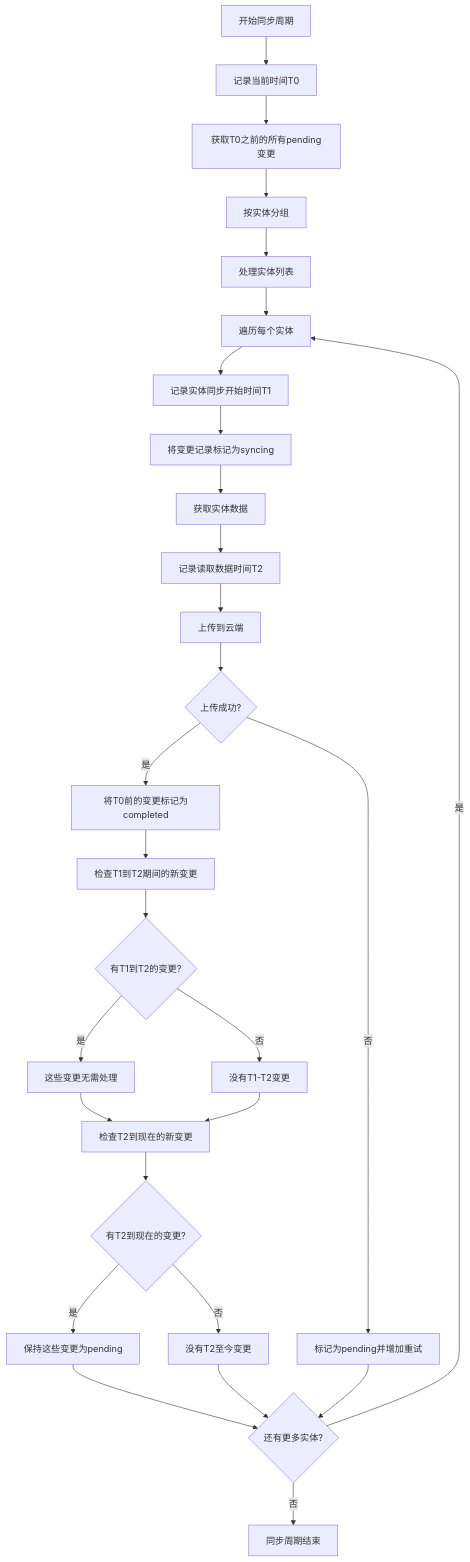
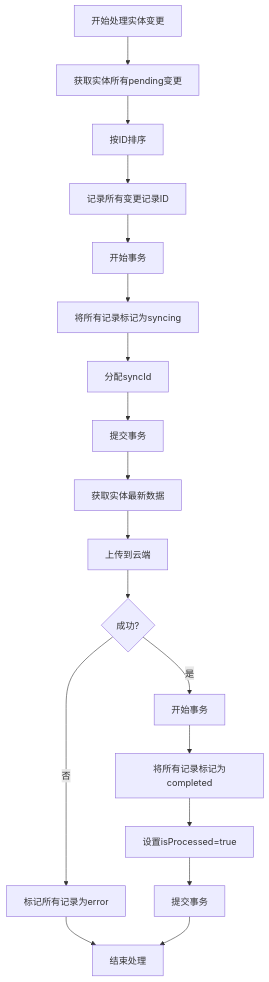
Before and after one commit to yingjianzh/iodraw-files: the diagram in all/未命名-40.md, drawn with Mermaid.

Commit message:
2025-04-23 17:56:53 update

````diff
--- a/all/未命名-40.md
+++ b/all/未命名-40.md
@@ -1,40 +1,25 @@
 ```mermaid
 flowchart TD
-    Start[开始同步周期] --> RecordT0[记录当前时间T0]
-    RecordT0 --> FetchChanges[获取T0之前的所有pending变更]
-    FetchChanges --> GroupByEntity[按实体分组]
+    Start[开始处理实体变更] --> GetChanges[获取实体所有pending变更]
+    GetChanges --> OrderById[按ID排序]
+    OrderById --> RecordIds[记录所有变更记录ID]
     
-    GroupByEntity --> ProcessEntities[处理实体列表]
-    ProcessEntities --> ForEachEntity[遍历每个实体]
+    RecordIds --> BeginTx[开始事务]
+    BeginTx --> MarkSyncing[将所有记录标记为syncing]
+    MarkSyncing --> AssignSyncId[分配syncId]
+    AssignSyncId --> CommitTx[提交事务]
     
-    ForEachEntity --> RecordT1[记录实体同步开始时间T1]
-    RecordT1 --> MarkSyncing[将变更记录标记为syncing]
-    MarkSyncing --> GetEntityData[获取实体数据]
-    GetEntityData --> RecordT2[记录读取数据时间T2]
+    CommitTx --> GetEntity[获取实体最新数据]
+    GetEntity --> UploadToCloud[上传到云端]
+    UploadToCloud --> Success{成功?}
     
-    RecordT2 --> UploadToCloud[上传到云端]
-    UploadToCloud --> Success{上传成功?}
+    Success -- 是 --> BeginTx2[开始事务]
+    Success -- 否 --> MarkError[标记所有记录为error]
     
-    Success -- 否 --> MarkFailed[标记为pending并增加重试]
-    Success -- 是 --> MarkT0ChangesCompleted[将T0前的变更标记为completed]
+    BeginTx2 --> MarkCompleted[将所有记录标记为completed]
+    MarkCompleted --> SetProcessed[设置isProcessed=true]
+    SetProcessed --> CommitTx2[提交事务]
     
-    MarkT0ChangesCompleted --> CheckT1ToT2[检查T1到T2期间的新变更]
-    CheckT1ToT2 --> T1T2Changes{有T1到T2的变更?}
-    
-    T1T2Changes -- 是 --> MarkUnchanged[这些变更无需处理]
-    T1T2Changes -- 否 --> NoT1T2Changes[没有T1-T2变更]
-    
-    MarkUnchanged --> CheckT2ToNow[检查T2到现在的新变更]
-    NoT1T2Changes --> CheckT2ToNow
-    
-    CheckT2ToNow --> T2NowChanges{有T2到现在的变更?}
-    T2NowChanges -- 是 --> KeepPending[保持这些变更为pending]
-    T2NowChanges -- 否 --> NoT2NowChanges[没有T2至今变更]
-    
-    KeepPending --> NextEntity{还有更多实体?}
-    NoT2NowChanges --> NextEntity
-    
-    MarkFailed --> NextEntity
-    NextEntity -- 是 --> ForEachEntity
-    NextEntity -- 否 --> End[同步周期结束]
+    MarkError --> End[结束处理]
+    CommitTx2 --> End
 ```
````
